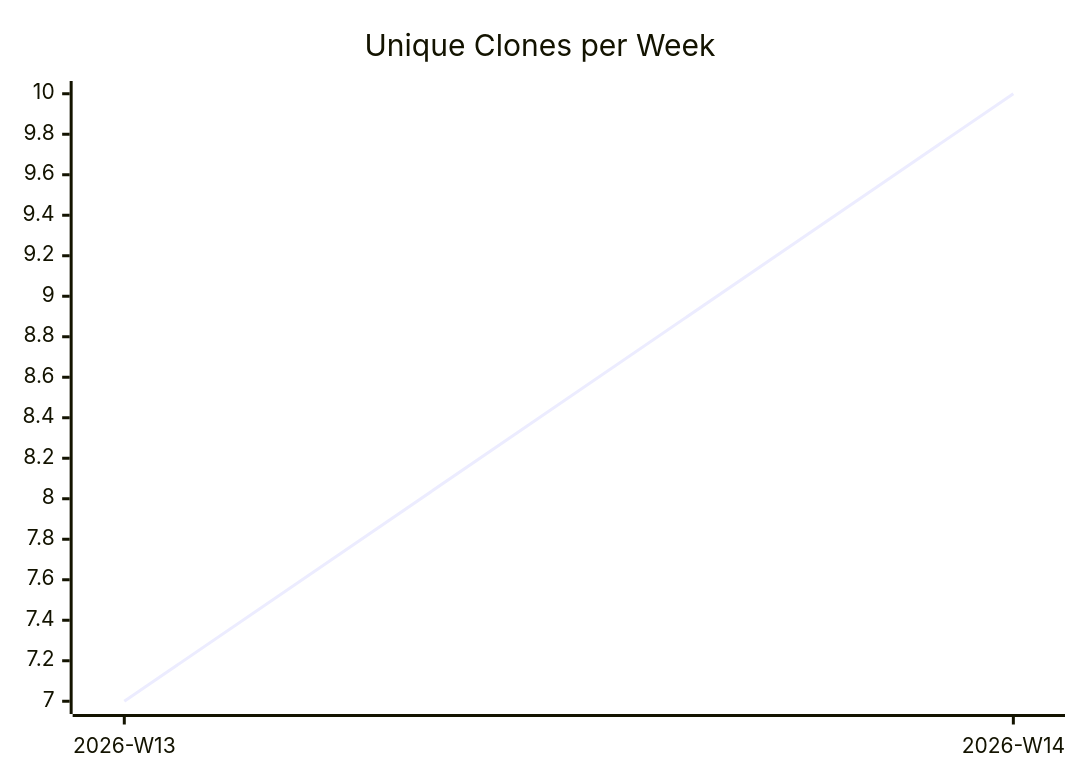
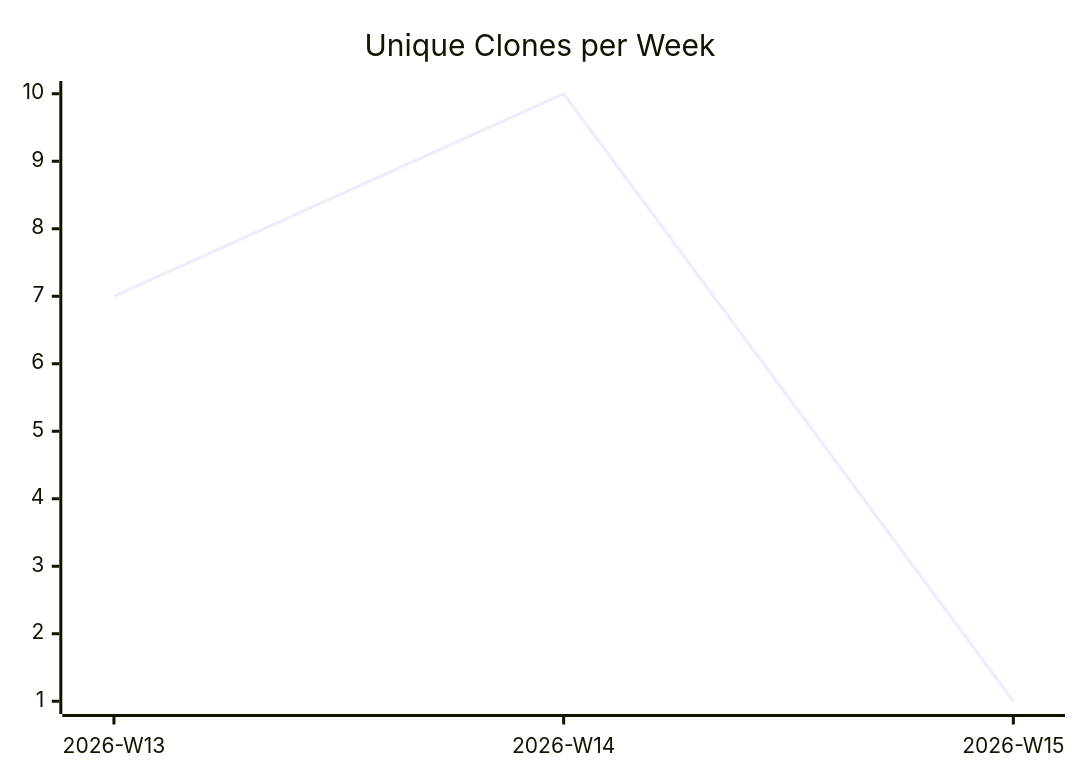
Before and after one commit to justdavis-family/github-analytics-data: the third of 3 diagrams in karlmdavis/ksoap2-android/README.md, drawn with Mermaid. The commit also changed other lines of this file and 63 other files, not shown here.

````diff
--- a/karlmdavis/ksoap2-android/README.md
+++ b/karlmdavis/ksoap2-android/README.md
@@ -19,6 +19,6 @@
 ```mermaid
 xychart-beta
   title "Unique Clones per Week"
-  x-axis ["2026-W13", "2026-W14"]
-  line [7, 10]
+  x-axis ["2026-W13", "2026-W14", "2026-W15"]
+  line [7, 10, 1]
 ```
````
